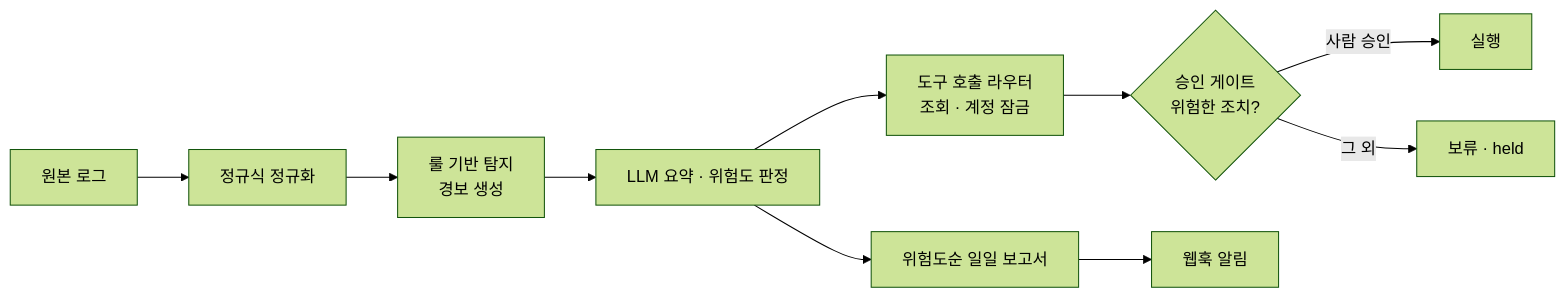
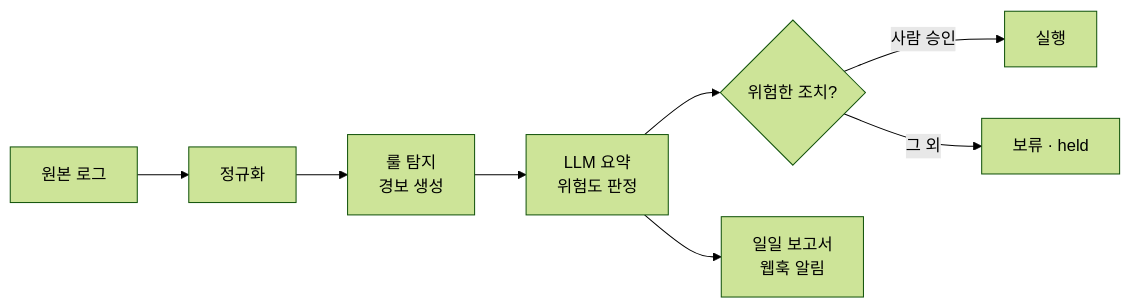
Before and after one commit to mdkk0220/security-agent-toolkit: the diagram in Readme.md, drawn with Mermaid (forest theme). The commit also changed other lines of this file and 3 other files, not shown here.

````diff
--- a/Readme.md
+++ b/Readme.md
@@ -32,12 +16,10 @@
 ```mermaid
 flowchart LR
-    A[원본 로그] --> B[정규식 정규화]
-    B --> C[룰 기반 탐지<br/>경보 생성]
-    C --> D[LLM 요약 · 위험도 판정]
-    D --> E[도구 호출 라우터<br/>조회 · 계정 잠금]
-    E --> F{승인 게이트<br/>위험한 조치?}
-    F -- 사람 승인 --> G[실행]
-    F -- 그 외 --> H[보류 · held]
-    D --> I[위험도순 일일 보고서]
-    I --> J[웹훅 알림]
+    A[원본 로그] --> B[정규화]
+    B --> C[룰 탐지<br/>경보 생성]
+    C --> D[LLM 요약<br/>위험도 판정]
+    D --> E{위험한 조치?}
+    E -- 사람 승인 --> G[실행]
+    E -- 그 외 --> H[보류 · held]
+    D --> I[일일 보고서<br/>웹훅 알림]
 ```
````
